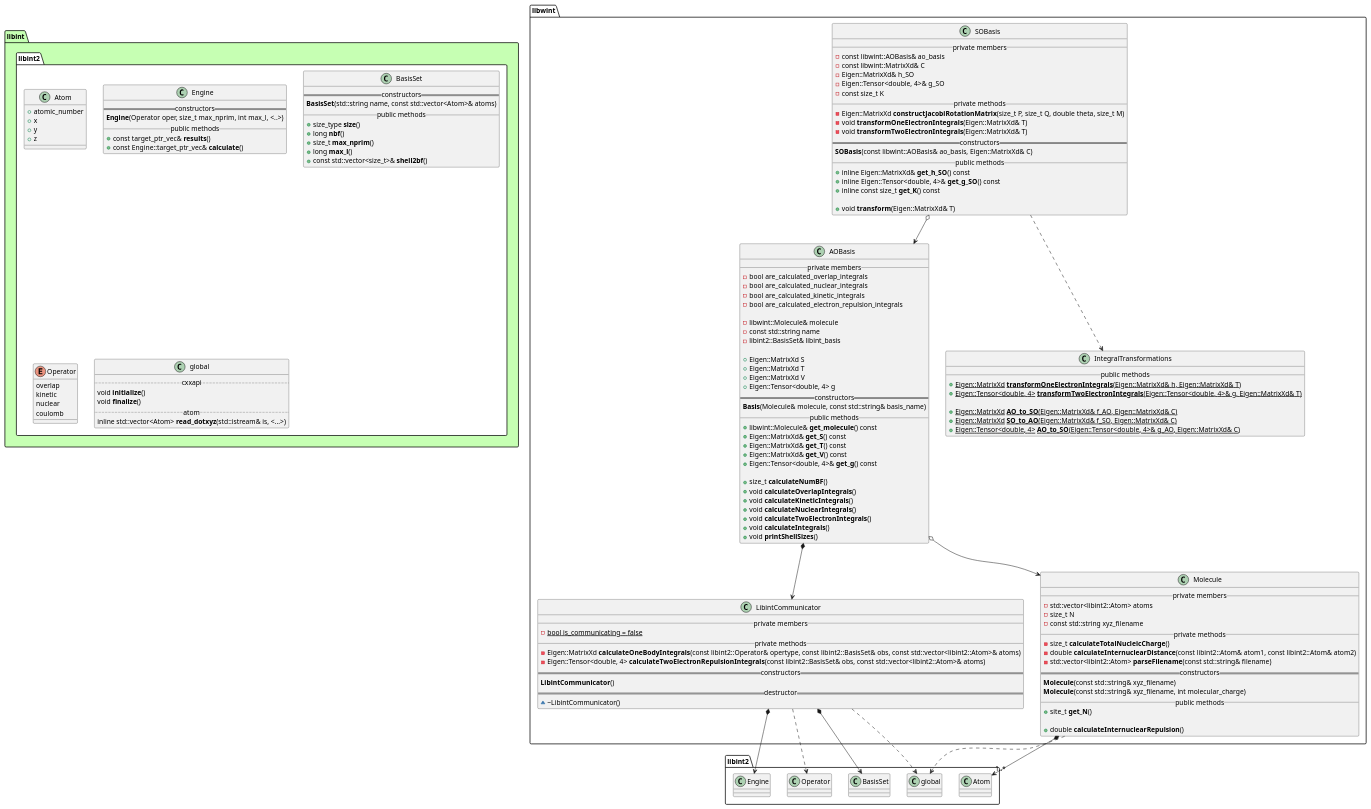
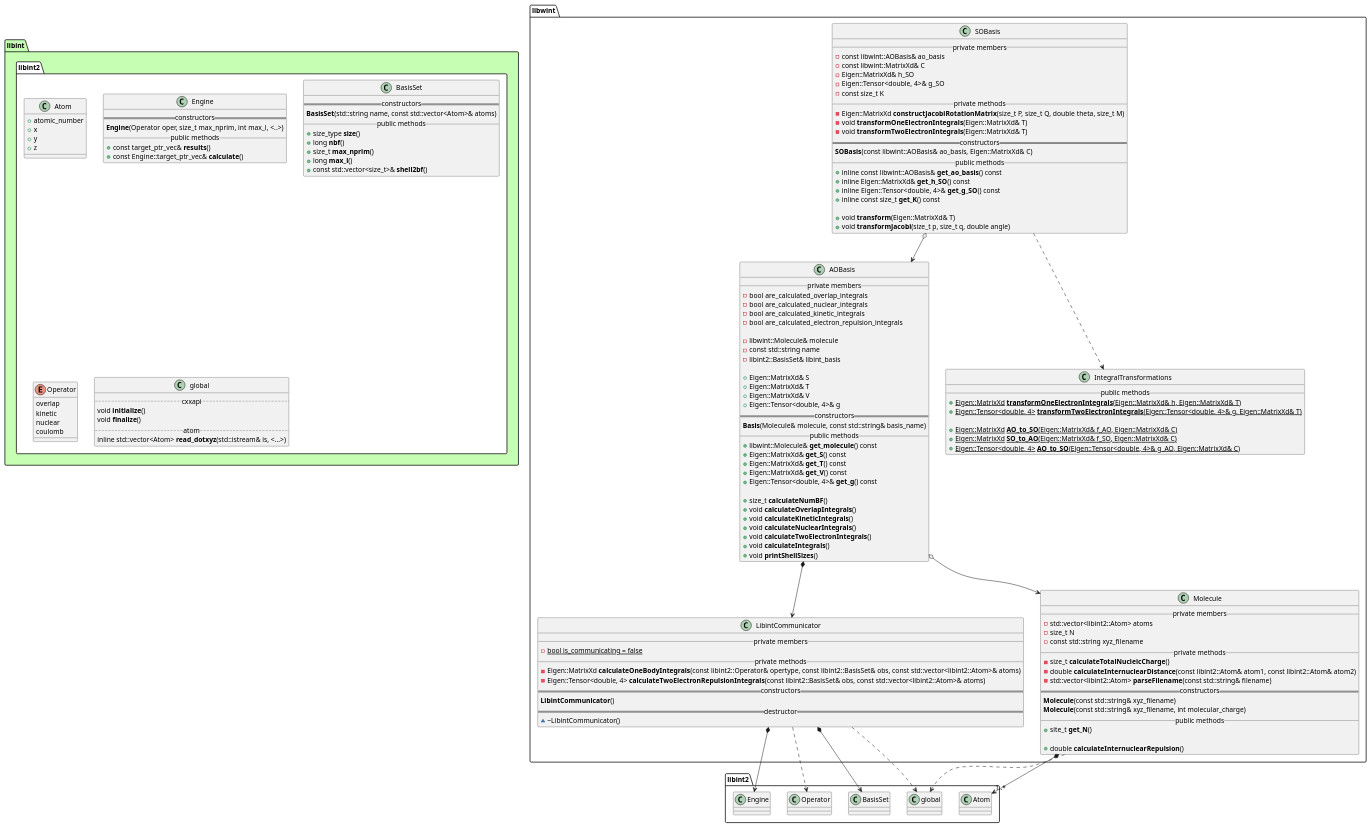
Before and after one commit to tmhuysen/libwint: the diagram in docs/libwint.puml, drawn with PlantUML. The commit also changed 1 other file, not shown here.

Commit message:
Added a Jacobi function.

```diff
--- a/docs/libwint.puml
+++ b/docs/libwint.puml
@@ -1,172 +1,174 @@
 @startuml
 
 
 
 package libint #c6ffb3 {
     namespace libint2 #ffffff {
         class Atom {
             + atomic_number
             + x
             + y
             + z
         }
 
         class Engine {
             == constructors ==
                 **Engine**(Operator oper, size_t max_nprim, int max_l, <..>)
             __ public methods __
                 + const target_ptr_vec& **results**()
                 + const Engine::target_ptr_vec& **calculate**()
         }
 
         class BasisSet {
             == constructors ==
                 **BasisSet**(std::string name, const std::vector<Atom>& atoms)
             __ public methods __
                 + size_type **size**()
                 + long **nbf**()
                 + size_t **max_nprim**()
                 + long **max_l**()
                 + const std::vector<size_t>& **shell2bf**()
         }
 
         enum Operator {
             overlap
             kinetic
             nuclear
             coulomb
         }
 
         class global {
             .. cxxapi ..
                 void **initialize**()
                 void **finalize**()
             .. atom ..
                 inline std::vector<Atom> **read_dotxyz**(std::istream& is, <...>)
         }
     }
 }
 
 
 
 
 namespace libwint {
 
     class AOBasis {
         __ private members __
             - bool are_calculated_overlap_integrals
             - bool are_calculated_nuclear_integrals
             - bool are_calculated_kinetic_integrals
             - bool are_calculated_electron_repulsion_integrals
 
             - libwint::Molecule& molecule
             - const std::string name
             - libint2::BasisSet& libint_basis
 
-            + Eigen::MatrixXd S
-            + Eigen::MatrixXd T
-            + Eigen::MatrixXd V
-            + Eigen::Tensor<double, 4> g
+            + Eigen::MatrixXd& S
+            + Eigen::MatrixXd& T
+            + Eigen::MatrixXd& V
+            + Eigen::Tensor<double, 4>& g
         == constructors ==
             **Basis**(Molecule& molecule, const std::string& basis_name)
         __ public methods __
             + libwint::Molecule& **get_molecule**() const
             + Eigen::MatrixXd& **get_S**() const
             + Eigen::MatrixXd& **get_T**() const
             + Eigen::MatrixXd& **get_V**() const
             + Eigen::Tensor<double, 4>& **get_g**() const
 
             + size_t **calculateNumBF**()
             + void **calculateOverlapIntegrals**()
             + void **calculateKineticIntegrals**()
             + void **calculateNuclearIntegrals**()
             + void **calculateTwoElectronIntegrals**()
             + void **calculateIntegrals**()
             + void **printShellSizes**()
     }
 
 
     class SOBasis {
         __ private members __
             - const libwint::AOBasis& ao_basis
             - const libwint::MatrixXd& C
             - Eigen::MatrixXd& h_SO
             - Eigen::Tensor<double, 4>& g_SO
             - const size_t K
         __ private methods __
             - Eigen::MatrixXd **constructJacobiRotationMatrix**(size_t P, size_t Q, double theta, size_t M)
             - void **transformOneElectronIntegrals**(Eigen::MatrixXd& T)
             - void **transformTwoElectronIntegrals**(Eigen::MatrixXd& T)
         == constructors ==
             **SOBasis**(const libwint::AOBasis& ao_basis, Eigen::MatrixXd& C)
         __ public methods __
+            + inline const libwint::AOBasis& **get_ao_basis**() const
             + inline Eigen::MatrixXd& **get_h_SO**() const
             + inline Eigen::Tensor<double, 4>& **get_g_SO**() const
             + inline const size_t **get_K**() const
 
             + void **transform**(Eigen::MatrixXd& T)
+            + void **transformJacobi**(size_t p, size_t q, double angle)
     }
 
 
     class IntegralTransformations {
         __ public methods __
             + {static} Eigen::MatrixXd **transformOneElectronIntegrals**(Eigen::MatrixXd& h, Eigen::MatrixXd& T)
             + {static} Eigen::Tensor<double, 4> **transformTwoElectronIntegrals**(Eigen::Tensor<double, 4>& g, Eigen::MatrixXd& T)
 
             + {static} Eigen::MatrixXd **AO_to_SO**(Eigen::MatrixXd& f_AO, Eigen::MatrixXd& C)
             + {static} Eigen::MatrixXd **SO_to_AO**(Eigen::MatrixXd& f_SO, Eigen::MatrixXd& C)
             + {static} Eigen::Tensor<double, 4> **AO_to_SO**(Eigen::Tensor<double, 4>& g_AO, Eigen::MatrixXd& C)
     }
 
 
     class LibintCommunicator {
         __ private members __
             - {static} bool is_communicating = false
         __ private methods __
             - Eigen::MatrixXd **calculateOneBodyIntegrals**(const libint2::Operator& opertype, const libint2::BasisSet& obs, const std::vector<libint2::Atom>& atoms)
             - Eigen::Tensor<double, 4> **calculateTwoElectronRepulsionIntegrals**(const libint2::BasisSet& obs, const std::vector<libint2::Atom>& atoms)
         == constructors ==
             **LibintCommunicator**()
         == destructor ==
             ~ ~LibintCommunicator()
     }
 
 
     class Molecule {
         __ private members __
             - std::vector<libint2::Atom> atoms
             - size_t N
             - const std::string xyz_filename
         __ private methods __
             - size_t **calculateTotalNucleicCharge**()
             - double **calculateInternuclearDistance**(const libint2::Atom& atom1, const libint2::Atom& atom2)
             - std::vector<libint2::Atom> **parseFilename**(const std::string& filename)
         == constructors ==
             **Molecule**(const std::string& xyz_filename)
             **Molecule**(const std::string& xyz_filename, int molecular_charge)
         __ public methods __
             + site_t **get_N**()
 
             + double **calculateInternuclearRepulsion**()
     }
 
 }
 
 
 
 libwint.AOBasis o--> libwint.Molecule
 libwint.AOBasis *--> libwint.LibintCommunicator
 
 libwint.LibintCommunicator *--> libint2.BasisSet
 libwint.LibintCommunicator ..> libint2.Operator
 libwint.LibintCommunicator *--> libint2.Engine
 libwint.LibintCommunicator ..> libint2.global
 
 libwint.Molecule *--> "1..*" libint2.Atom
 libwint.Molecule ..> libint2.global
 
 libwint.SOBasis ..> libwint.IntegralTransformations
 libwint.SOBasis o--> libwint.AOBasis
 
 
 @enduml
```
